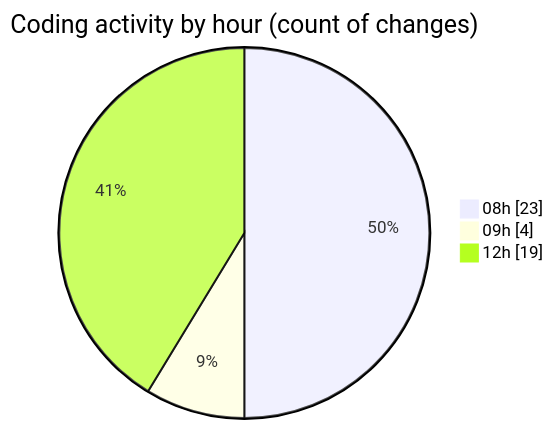
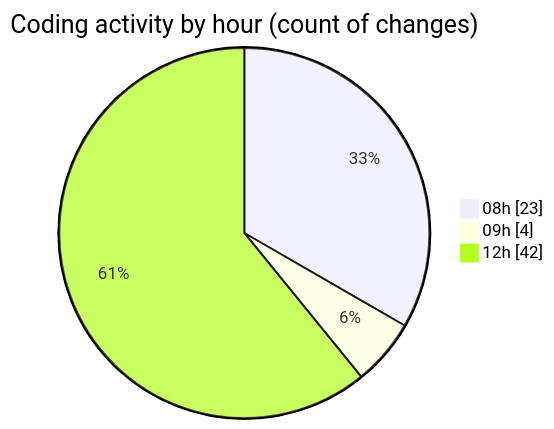
Before and after one commit to momahboobian/code-tracking: the second of 2 diagrams in 2026-06-02/cda/README.md, drawn with Mermaid. The commit also changed other lines of this file and 1 other file, not shown here.

````diff
--- a/2026-06-02/cda/README.md
+++ b/2026-06-02/cda/README.md
@@ -69,7 +78,7 @@
 ```mermaid
 pie showData
 title Coding activity by hour (count of changes)
 "08h" : 23
 "09h" : 4
-"12h" : 19
+"12h" : 42
 ```
````
